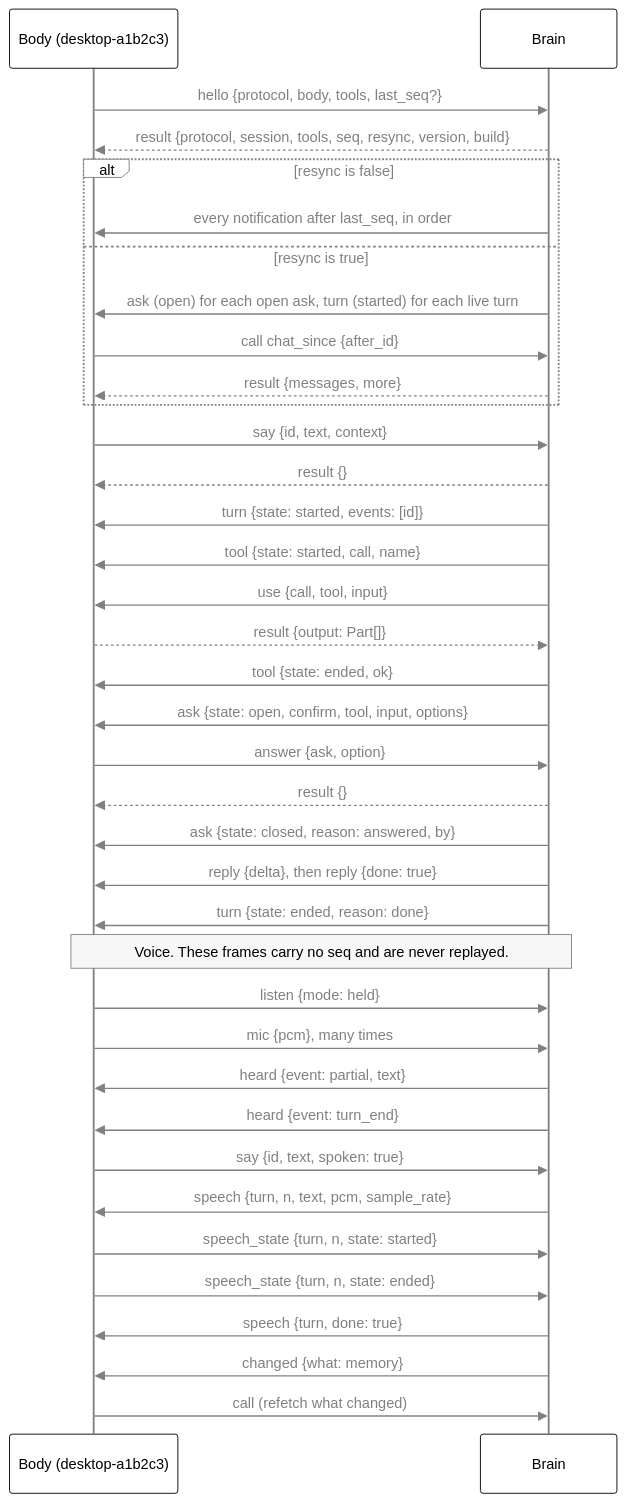
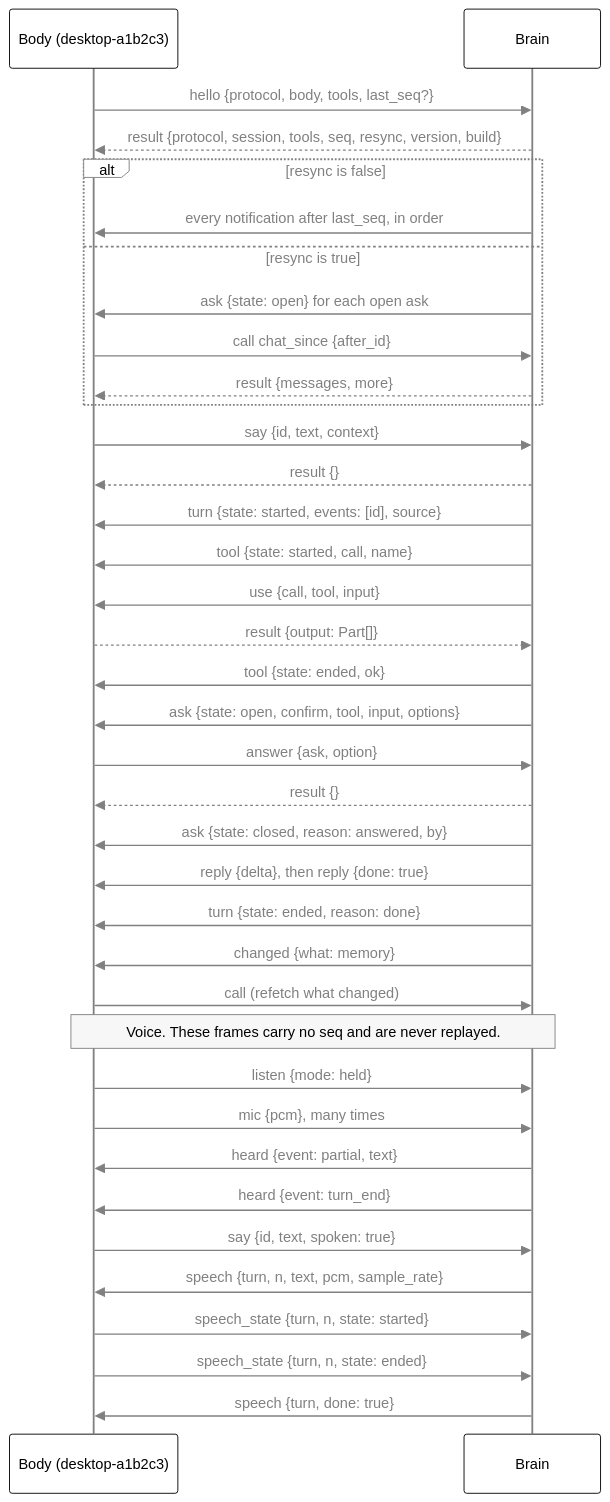
The diagram in protocol/README.md (nadeem4/tagalong), drawn with Mermaid before and after one commit. The commit also changed other lines of this file and 4 other files, not shown here.

````diff
--- a/protocol/README.md
+++ b/protocol/README.md
@@ -188,40 +188,40 @@
 ```mermaid
 %%{init: {"theme": "base", "themeVariables": {"primaryColor": "#ffffff", "primaryTextColor": "#000000", "primaryBorderColor": "#000000", "lineColor": "#808080", "arrowheadColor": "#808080", "secondaryColor": "#f2f2f2", "tertiaryColor": "#ffffff", "clusterBkg": "#f7f7f7", "clusterBorder": "#808080", "edgeLabelBackground": "#ffffff", "titleColor": "#808080", "actorBkg": "#ffffff", "actorBorder": "#000000", "actorTextColor": "#000000", "actorLineColor": "#808080", "signalColor": "#808080", "signalTextColor": "#808080", "sequenceNumberColor": "#ffffff", "labelBoxBkgColor": "#ffffff", "labelBoxBorderColor": "#808080", "labelTextColor": "#000000", "loopTextColor": "#808080", "noteBkgColor": "#f7f7f7", "noteBorderColor": "#808080", "noteTextColor": "#000000", "activationBkgColor": "#f7f7f7", "activationBorderColor": "#808080", "fontFamily": "Segoe UI, Helvetica, Arial, sans-serif"}, "themeCSS": ".relationshipLabelBox{opacity:1} .relationshipLabelBox rect{opacity:1}"}}%%
 sequenceDiagram
   participant B as Body (desktop-a1b2c3)
   participant R as Brain
   B->>R: hello {protocol, body, tools, last_seq?}
   R-->>B: result {protocol, session, tools, seq, resync, version, build}
   alt resync is false
     R->>B: every notification after last_seq, in order
   else resync is true
-    R->>B: ask (open) for each open ask, turn (started) for each live turn
+    R->>B: ask {state: open} for each open ask
     B->>R: call chat_since {after_id}
     R-->>B: result {messages, more}
   end
   B->>R: say {id, text, context}
   R-->>B: result {}
-  R->>B: turn {state: started, events: [id]}
+  R->>B: turn {state: started, events: [id], source}
   R->>B: tool {state: started, call, name}
   R->>B: use {call, tool, input}
   B-->>R: result {output: Part[]}
   R->>B: tool {state: ended, ok}
   R->>B: ask {state: open, confirm, tool, input, options}
   B->>R: answer {ask, option}
   R-->>B: result {}
   R->>B: ask {state: closed, reason: answered, by}
   R->>B: reply {delta}, then reply {done: true}
   R->>B: turn {state: ended, reason: done}
+  R->>B: changed {what: memory}
+  B->>R: call (refetch what changed)
   Note over B,R: Voice. These frames carry no seq and are never replayed.
   B->>R: listen {mode: held}
   B->>R: mic {pcm}, many times
   R->>B: heard {event: partial, text}
   R->>B: heard {event: turn_end}
   B->>R: say {id, text, spoken: true}
   R->>B: speech {turn, n, text, pcm, sample_rate}
   B->>R: speech_state {turn, n, state: started}
   B->>R: speech_state {turn, n, state: ended}
   R->>B: speech {turn, done: true}
-  R->>B: changed {what: memory}
-  B->>R: call (refetch what changed)
 ```
````
